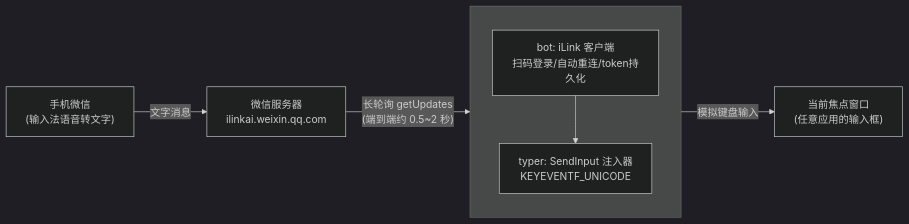
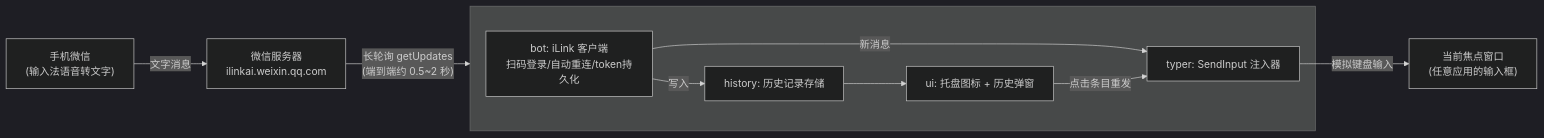
Before and after one commit to TeemoSun/AirType: the diagram in docs/开发方案.md, drawn with Mermaid (dark theme). The commit also changed other lines of this file and 1 other file, not shown here.

````diff
--- a/docs/开发方案.md
+++ b/docs/开发方案.md
@@ -25,9 +27,12 @@
 ```mermaid
 flowchart LR
     A["手机微信<br/>(输入法语音转文字)"] -- "文字消息" --> B["微信服务器<br/>ilinkai.weixin.qq.com"]
-    B -- "长轮询 getUpdates<br/>(端到端约 0.5~2 秒)" --> C["AirType.exe (Go, 管理员权限)"]
+    B -- "长轮询 getUpdates<br/>(端到端约 0.5~2 秒)" --> C["AirType.exe (Go, 管理员权限, 无控制台)"]
     subgraph C [ ]
-        C1["bot: iLink 客户端<br/>扫码登录/自动重连/token持久化"] --> C2["typer: SendInput 注入器<br/>KEYEVENTF_UNICODE"]
+        C1["bot: iLink 客户端<br/>扫码登录/自动重连/token持久化"] -- 新消息 --> C2["typer: SendInput 注入器"]
+        C1 -- 写入 --> C3["history: 历史记录存储"]
+        C3 --> C4["ui: 托盘图标 + 历史弹窗"]
+        C4 -- "点击条目重发" --> C2
     end
-    C -- "模拟键盘输入" --> D["当前焦点窗口<br/>(任意应用的输入框)"]
+    C2 -- "模拟键盘输入" --> D["当前焦点窗口<br/>(任意应用的输入框)"]
 ```
````
